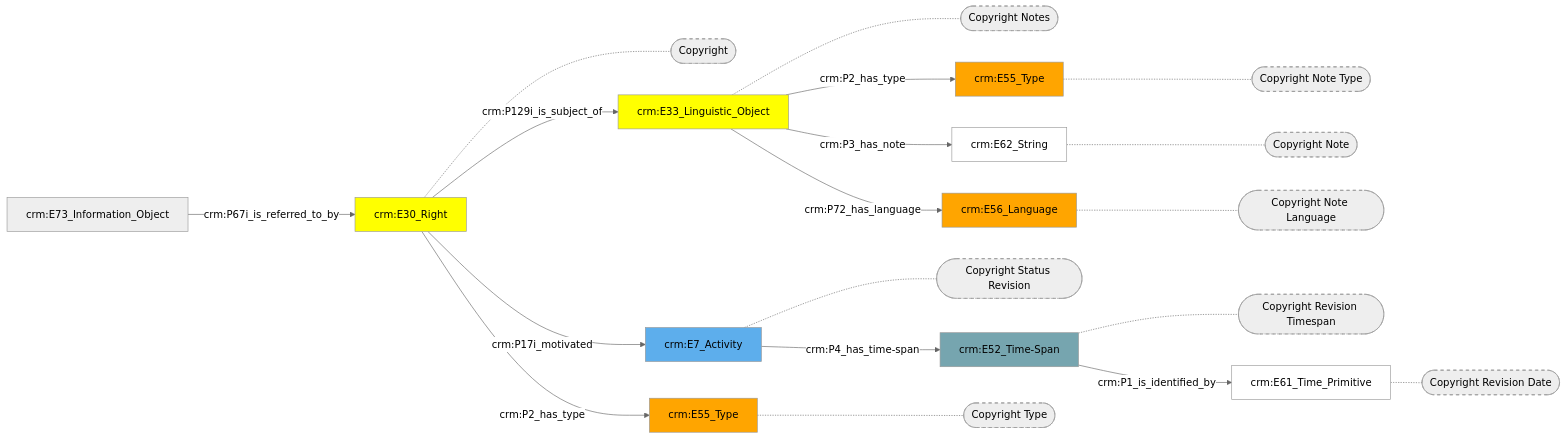
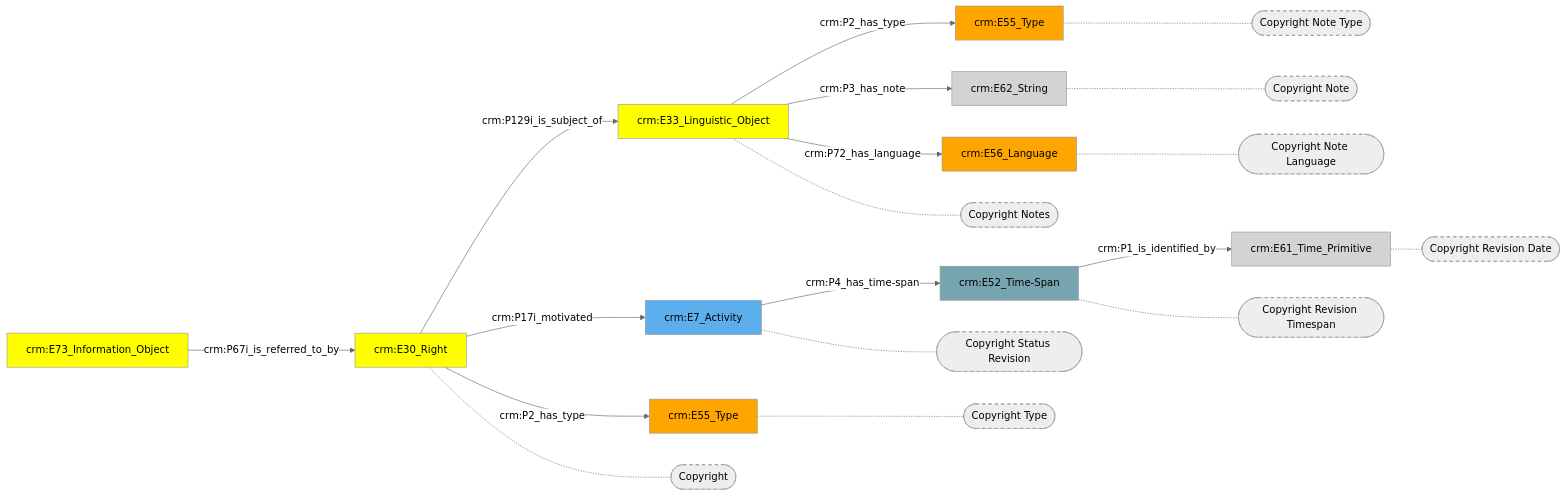
Before and after one commit to digipolisantwerpdocumentation/antwerp-cultureel-erfgoed: the diagram in docs/content/modellen/ArchiefItemImmaterieel/Rechten.md, drawn with Mermaid (neutral theme). The commit also changed 32 other files, not shown here.

````diff
--- a/docs/content/modellen/ArchiefItemImmaterieel/Rechten.md
+++ b/docs/content/modellen/ArchiefItemImmaterieel/Rechten.md
@@ -1,39 +1,40 @@
 ```mermaid
 graph LR
+2f62906e-a5fe-11ec-b19f-9cf387da2c40["crm:E30_Right"]-->|"crm:P129i_is_subject_of"|2f6361ec-a5fe-11ec-b19f-9cf387da2c40["crm:E33_Linguistic_Object"]
+2f62906e-a5fe-11ec-b19f-9cf387da2c40["crm:E30_Right"]-->|"crm:P17i_motivated"|2f637ca4-a5fe-11ec-b19f-9cf387da2c40["crm:E7_Activity"]
+2f62906e-a5fe-11ec-b19f-9cf387da2c40["crm:E30_Right"]-->|"crm:P2_has_type"|2f637c0e-a5fe-11ec-b19f-9cf387da2c40["crm:E55_Type"]
+2f6361ec-a5fe-11ec-b19f-9cf387da2c40["crm:E33_Linguistic_Object"]-->|"crm:P2_has_type"|2f63ad8c-a5fe-11ec-b19f-9cf387da2c40["crm:E55_Type"]
+2f6361ec-a5fe-11ec-b19f-9cf387da2c40["crm:E33_Linguistic_Object"]-->|"crm:P3_has_note"|2f6365ca-a5fe-11ec-b19f-9cf387da2c40["crm:E62_String"]
+2f6361ec-a5fe-11ec-b19f-9cf387da2c40["crm:E33_Linguistic_Object"]-->|"crm:P72_has_language"|2f6371d2-a5fe-11ec-b19f-9cf387da2c40["crm:E56_Language"]
+2f637ca4-a5fe-11ec-b19f-9cf387da2c40["crm:E7_Activity"]-->|"crm:P4_has_time-span"|2f637d3a-a5fe-11ec-b19f-9cf387da2c40["crm:E52_Time-Span"]
+2f637d3a-a5fe-11ec-b19f-9cf387da2c40["crm:E52_Time-Span"]-->|"crm:P1_is_identified_by"|2f637dd0-a5fe-11ec-b19f-9cf387da2c40["crm:E61_Time_Primitive"]
+2f63ae40-a5fe-11ec-b19f-9cf387da2c40["crm:E73_Information_Object"]-->|"crm:P67i_is_referred_to_by"|2f62906e-a5fe-11ec-b19f-9cf387da2c40["crm:E30_Right"]
 2f6361ec-a5fe-11ec-b19f-9cf387da2c40["crm:E33_Linguistic_Object"]-.-2f6361ec-a5fe-11ec-b19f-9cf387da2c40_s(["Copyright Notes"])
 2f637ca4-a5fe-11ec-b19f-9cf387da2c40["crm:E7_Activity"]-.-2f637ca4-a5fe-11ec-b19f-9cf387da2c40_s(["Copyright Status Revision"])
 2f637c0e-a5fe-11ec-b19f-9cf387da2c40["crm:E55_Type"]-.-2f637c0e-a5fe-11ec-b19f-9cf387da2c40_s(["Copyright Type"])
 2f63ad8c-a5fe-11ec-b19f-9cf387da2c40["crm:E55_Type"]-.-2f63ad8c-a5fe-11ec-b19f-9cf387da2c40_s(["Copyright Note Type"])
 2f6365ca-a5fe-11ec-b19f-9cf387da2c40["crm:E62_String"]-.-2f6365ca-a5fe-11ec-b19f-9cf387da2c40_s(["Copyright Note"])
 2f6371d2-a5fe-11ec-b19f-9cf387da2c40["crm:E56_Language"]-.-2f6371d2-a5fe-11ec-b19f-9cf387da2c40_s(["Copyright Note Language"])
 2f637d3a-a5fe-11ec-b19f-9cf387da2c40["crm:E52_Time-Span"]-.-2f637d3a-a5fe-11ec-b19f-9cf387da2c40_s(["Copyright Revision Timespan"])
 2f637dd0-a5fe-11ec-b19f-9cf387da2c40["crm:E61_Time_Primitive"]-.-2f637dd0-a5fe-11ec-b19f-9cf387da2c40_s(["Copyright Revision Date"])
 2f62906e-a5fe-11ec-b19f-9cf387da2c40["crm:E30_Right"]-.-2f62906e-a5fe-11ec-b19f-9cf387da2c40_s(["Copyright"])
 style 2f6361ec-a5fe-11ec-b19f-9cf387da2c40_s stroke-dasharray: 5
 style 2f637ca4-a5fe-11ec-b19f-9cf387da2c40_s stroke-dasharray: 5
 style 2f637c0e-a5fe-11ec-b19f-9cf387da2c40_s stroke-dasharray: 5
 style 2f63ad8c-a5fe-11ec-b19f-9cf387da2c40_s stroke-dasharray: 5
 style 2f6365ca-a5fe-11ec-b19f-9cf387da2c40_s stroke-dasharray: 5
 style 2f6371d2-a5fe-11ec-b19f-9cf387da2c40_s stroke-dasharray: 5
 style 2f637d3a-a5fe-11ec-b19f-9cf387da2c40_s stroke-dasharray: 5
 style 2f637dd0-a5fe-11ec-b19f-9cf387da2c40_s stroke-dasharray: 5
 style 2f62906e-a5fe-11ec-b19f-9cf387da2c40_s stroke-dasharray: 5
 style 2f62906e-a5fe-11ec-b19f-9cf387da2c40 fill:#ffff00
 style 2f6361ec-a5fe-11ec-b19f-9cf387da2c40 fill:#ffff00
-style 2f6365ca-a5fe-11ec-b19f-9cf387da2c40 fill:#ffffff
+style 2f6365ca-a5fe-11ec-b19f-9cf387da2c40 fill:#D3D3D3
 style 2f6371d2-a5fe-11ec-b19f-9cf387da2c40 fill:#ffa500
 style 2f637c0e-a5fe-11ec-b19f-9cf387da2c40 fill:#ffa500
 style 2f637ca4-a5fe-11ec-b19f-9cf387da2c40 fill:#5DAEEC
 style 2f637d3a-a5fe-11ec-b19f-9cf387da2c40 fill:#76A5AF
-style 2f637dd0-a5fe-11ec-b19f-9cf387da2c40 fill:#ffffff
+style 2f637dd0-a5fe-11ec-b19f-9cf387da2c40 fill:#D3D3D3
 style 2f63ad8c-a5fe-11ec-b19f-9cf387da2c40 fill:#ffa500
-2f62906e-a5fe-11ec-b19f-9cf387da2c40["crm:E30_Right"]-->|"crm:P129i_is_subject_of"|2f6361ec-a5fe-11ec-b19f-9cf387da2c40["crm:E33_Linguistic_Object"]
-2f62906e-a5fe-11ec-b19f-9cf387da2c40["crm:E30_Right"]-->|"crm:P17i_motivated"|2f637ca4-a5fe-11ec-b19f-9cf387da2c40["crm:E7_Activity"]
-2f62906e-a5fe-11ec-b19f-9cf387da2c40["crm:E30_Right"]-->|"crm:P2_has_type"|2f637c0e-a5fe-11ec-b19f-9cf387da2c40["crm:E55_Type"]
-2f6361ec-a5fe-11ec-b19f-9cf387da2c40["crm:E33_Linguistic_Object"]-->|"crm:P2_has_type"|2f63ad8c-a5fe-11ec-b19f-9cf387da2c40["crm:E55_Type"]
-2f6361ec-a5fe-11ec-b19f-9cf387da2c40["crm:E33_Linguistic_Object"]-->|"crm:P3_has_note"|2f6365ca-a5fe-11ec-b19f-9cf387da2c40["crm:E62_String"]
-2f6361ec-a5fe-11ec-b19f-9cf387da2c40["crm:E33_Linguistic_Object"]-->|"crm:P72_has_language"|2f6371d2-a5fe-11ec-b19f-9cf387da2c40["crm:E56_Language"]
-2f637ca4-a5fe-11ec-b19f-9cf387da2c40["crm:E7_Activity"]-->|"crm:P4_has_time-span"|2f637d3a-a5fe-11ec-b19f-9cf387da2c40["crm:E52_Time-Span"]
-2f637d3a-a5fe-11ec-b19f-9cf387da2c40["crm:E52_Time-Span"]-->|"crm:P1_is_identified_by"|2f637dd0-a5fe-11ec-b19f-9cf387da2c40["crm:E61_Time_Primitive"]
-2f63ae40-a5fe-11ec-b19f-9cf387da2c40["crm:E73_Information_Object"]-->|"crm:P67i_is_referred_to_by"|2f62906e-a5fe-11ec-b19f-9cf387da2c40["crm:E30_Right"]
+style 2f63ae40-a5fe-11ec-b19f-9cf387da2c40 fill:#ffff00
 ```
````
